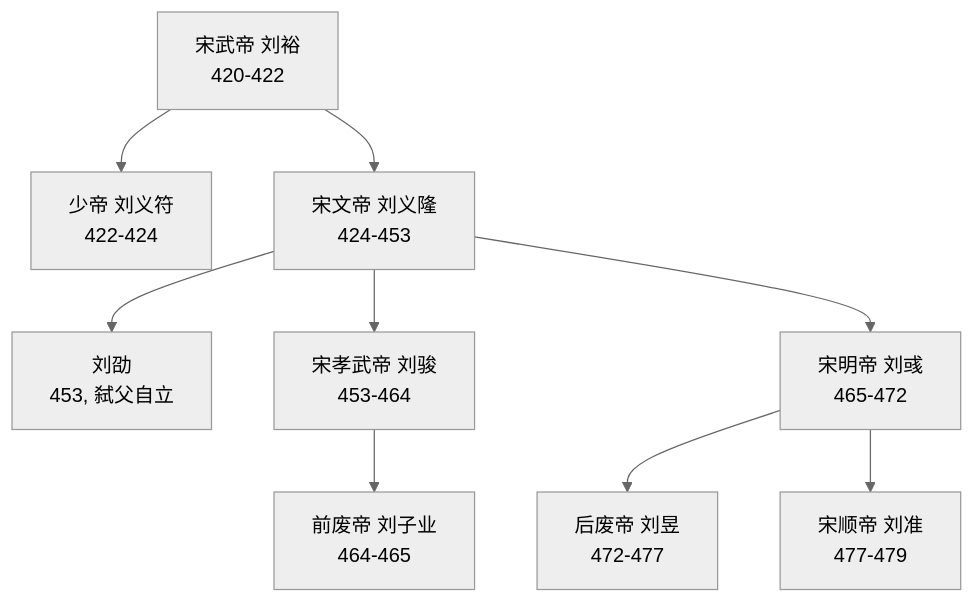
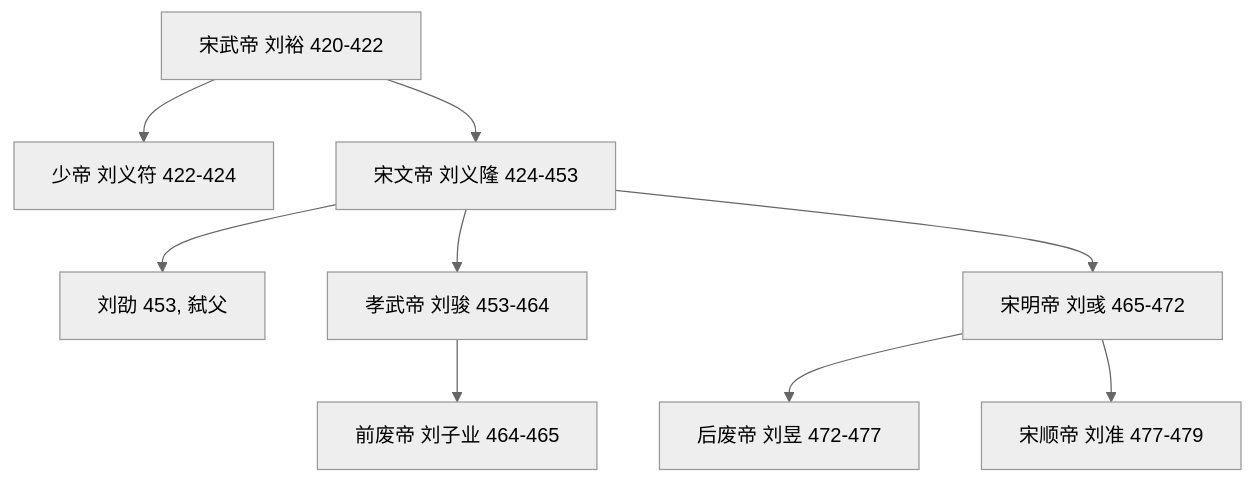
The diagram in content/posts/liu-song-dynasty.md (leafevans/leafevans.github.io), drawn with Mermaid (neutral theme) before and after one commit. The commit also changed 1 other file, not shown here.

Commit message:
fix: mermaid - use simple single-line labels, no br or newlines

```diff
--- a/content/posts/liu-song-dynasty.md
+++ b/content/posts/liu-song-dynasty.md
@@ -134,11 +134,11 @@
 {{< mermaid >}}
 graph TD
-    A["宋武帝 刘裕\n420-422"] --> B["少帝 刘义符\n422-424"]
-    A --> C["宋文帝 刘义隆\n424-453"]
-    C --> D["刘劭\n453, 弑父自立"]
-    C --> E["宋孝武帝 刘骏\n453-464"]
-    E --> F["前废帝 刘子业\n464-465"]
-    C --> G["宋明帝 刘彧\n465-472"]
-    G --> H["后废帝 刘昱\n472-477"]
-    G --> I["宋顺帝 刘准\n477-479"]
+    A[宋武帝 刘裕 420-422] --> B[少帝 刘义符 422-424]
+    A --> C[宋文帝 刘义隆 424-453]
+    C --> D[刘劭 453, 弑父]
+    C --> E[孝武帝 刘骏 453-464]
+    E --> F[前废帝 刘子业 464-465]
+    C --> G[宋明帝 刘彧 465-472]
+    G --> H[后废帝 刘昱 472-477]
+    G --> I[宋顺帝 刘准 477-479]
 {{< /mermaid >}}
```
